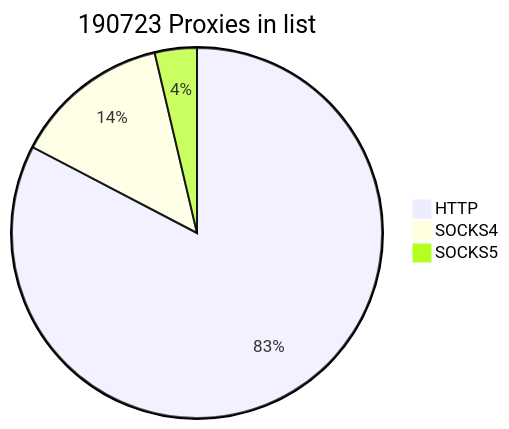
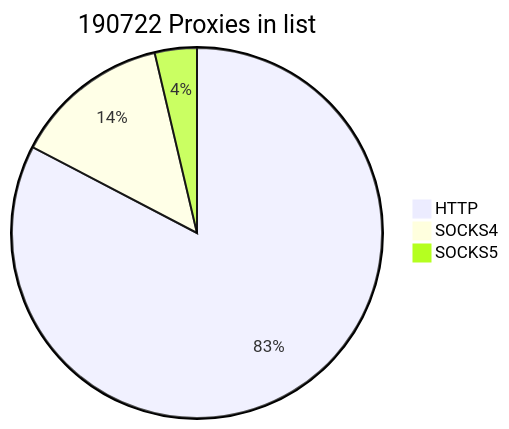
The first of 2 diagrams in README.md (cutipu/proxylist), drawn with Mermaid before and after one commit. The commit also changed other lines of this file, not shown here.

````diff
--- a/README.md
+++ b/README.md
@@ -2,7 +2,7 @@
 ```mermaid
-pie title 190723 Proxies in list
-    "HTTP" : 157657
-    "SOCKS4" : 26060
-    "SOCKS5" : 7006
+pie title 190722 Proxies in list
+    "HTTP" : 157656
+    "SOCKS4" : 26061
+    "SOCKS5" : 7005
             
 ```
````
